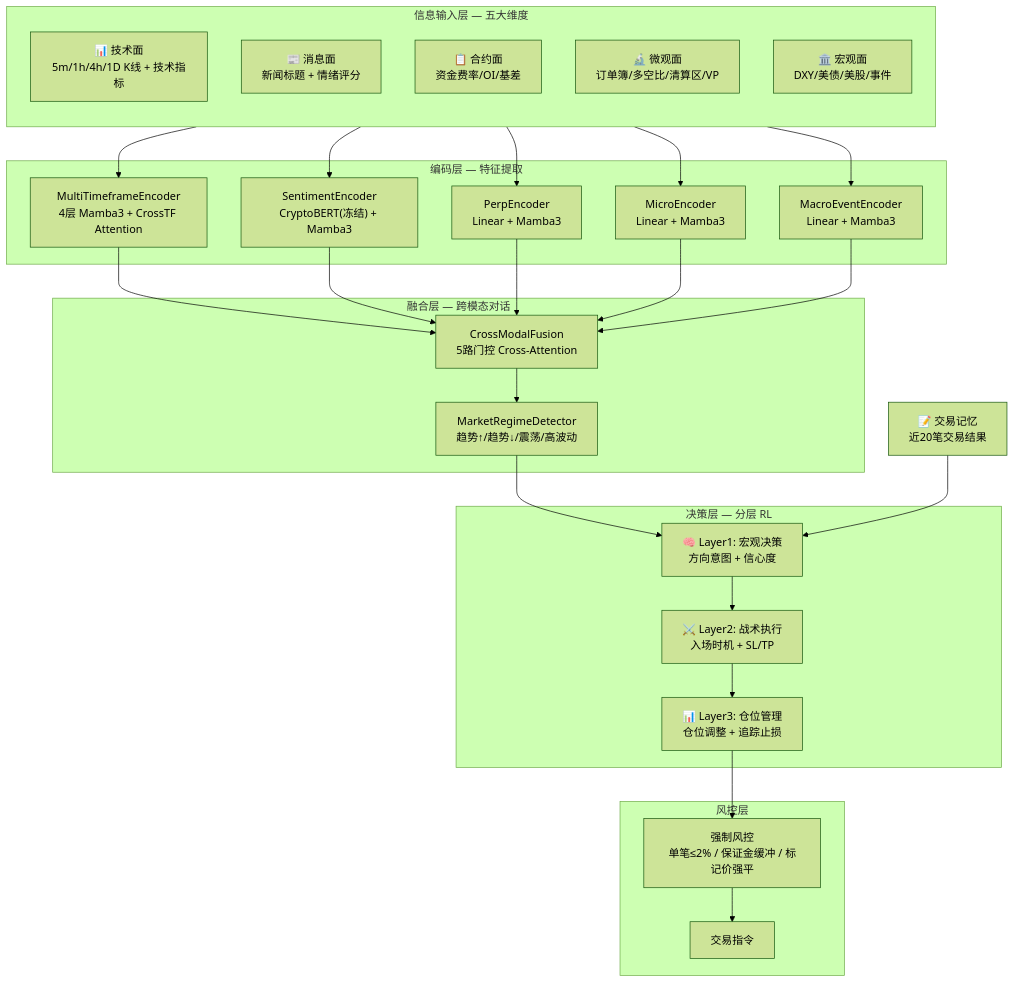
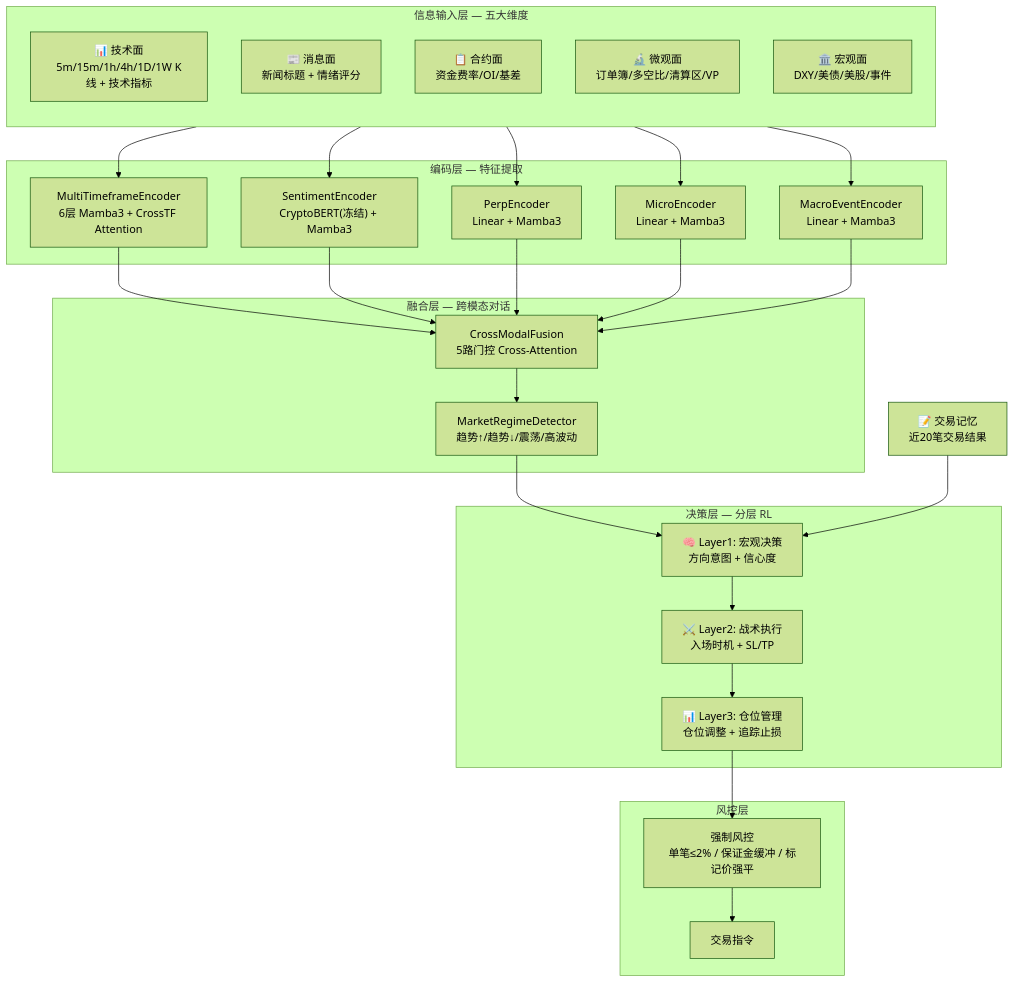
The first of 2 diagrams in docs/implementation_plan.md (SepAutumn417/mamba3-Yui), drawn with Mermaid (forest theme) before and after one commit. The commit also changed other lines of this file, not shown here.

Commit message:
feat: add 15m/1W timeframes, multi-frequency agents, and real-time SL/TP mechanism

````diff
--- a/docs/implementation_plan.md
+++ b/docs/implementation_plan.md
@@ -69,37 +69,37 @@
 ```mermaid
 graph TB
     subgraph "信息输入层 — 五大维度"
         direction TB
-        I1["📊 技术面<br>5m/1h/4h/1D K线 + 技术指标"]
+        I1["📊 技术面<br>5m/15m/1h/4h/1D/1W K线 + 技术指标"]
         I2["📰 消息面<br>新闻标题 + 情绪评分"]
         I3["📋 合约面<br>资金费率/OI/基差"]
         I4["🔬 微观面<br>订单簿/多空比/清算区/VP"]
         I5["🏛️ 宏观面<br>DXY/美债/美股/事件"]
     end
     
     subgraph "编码层 — 特征提取"
-        I1 --> E1["MultiTimeframeEncoder<br>4层 Mamba3 + CrossTF Attention"]
+        I1 --> E1["MultiTimeframeEncoder<br>6层 Mamba3 + CrossTF Attention"]
         I2 --> E2["SentimentEncoder<br>CryptoBERT(冻结) + Mamba3"]
         I3 --> E3["PerpEncoder<br>Linear + Mamba3"]
         I4 --> E4["MicroEncoder<br>Linear + Mamba3"]
         I5 --> E5["MacroEventEncoder<br>Linear + Mamba3"]
     end
     
     subgraph "融合层 — 跨模态对话"
         E1 & E2 & E3 & E4 & E5 --> F["CrossModalFusion<br>5路门控 Cross-Attention"]
         F --> R["MarketRegimeDetector<br>趋势↑/趋势↓/震荡/高波动"]
     end
     
     subgraph "决策层 — 分层 RL"
         R --> D1["🧠 Layer1: 宏观决策<br>方向意图 + 信心度"]
         D1 --> D2["⚔️ Layer2: 战术执行<br>入场时机 + SL/TP"]
         D2 --> D3["📊 Layer3: 仓位管理<br>仓位调整 + 追踪止损"]
     end
     
     subgraph "风控层"
         D3 --> RISK["强制风控<br>单笔≤2% / 保证金缓冲 / 标记价强平"]
         RISK --> OUT["交易指令"]
     end
     
     MEM["📝 交易记忆<br>近20笔交易结果"] --> D1
 ```
````
